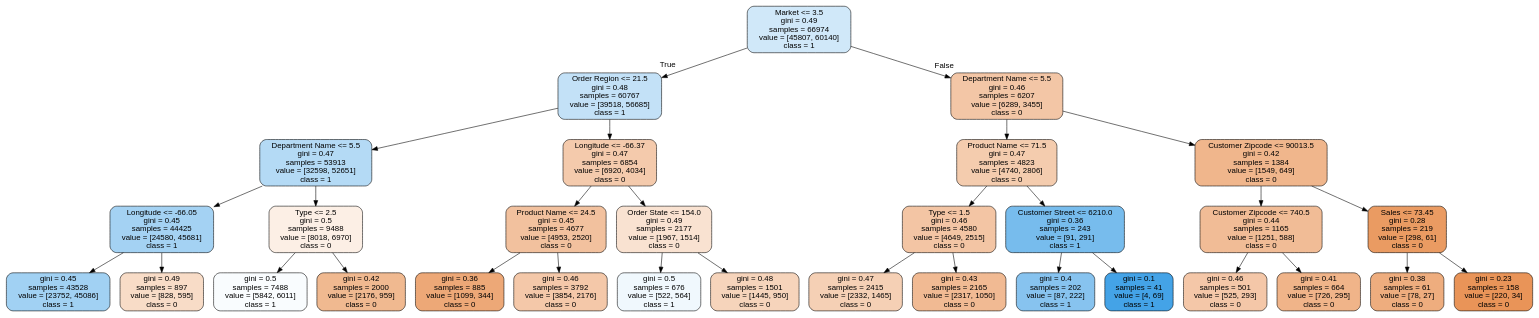
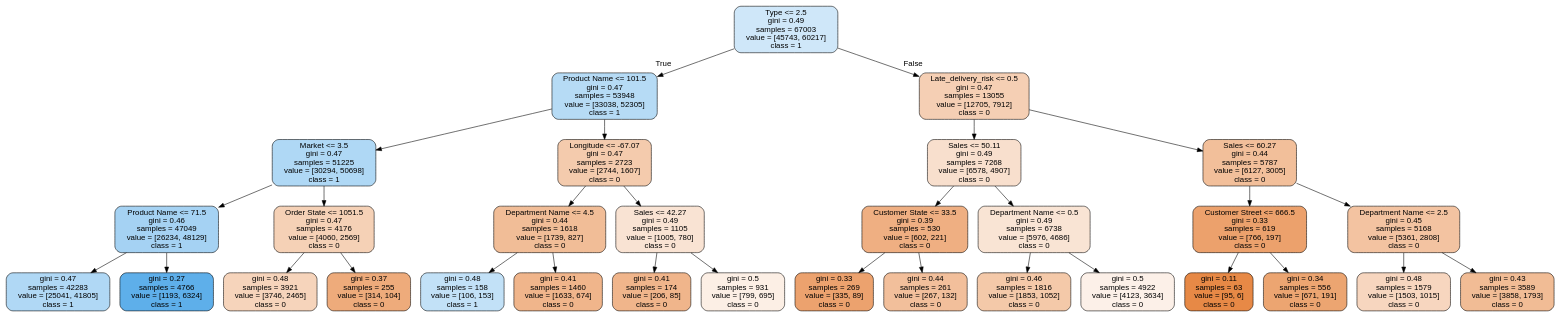
One commit to BDBlank/SmartSupplyChain changed the diagram in tree.dot. Above: the diagram before and after it, drawn with Graphviz. The commit also changed 2 other files, not shown here.

```diff
--- a/tree.dot
+++ b/tree.dot
@@ -1,65 +1,65 @@
 digraph Tree {
 node [shape=box, style="filled, rounded", color="black", fontname=helvetica] ;
 edge [fontname=helvetica] ;
-0 [label="Market <= 3.5\ngini = 0.49\nsamples = 66974\nvalue = [45807, 60140]\nclass = 1", fillcolor="#d0e8f9"] ;
-1 [label="Order Region <= 21.5\ngini = 0.48\nsamples = 60767\nvalue = [39518, 56685]\nclass = 1", fillcolor="#c3e1f7"] ;
+0 [label="Type <= 2.5\ngini = 0.49\nsamples = 67003\nvalue = [45743, 60217]\nclass = 1", fillcolor="#cfe7f9"] ;
+1 [label="Product Name <= 101.5\ngini = 0.47\nsamples = 53948\nvalue = [33038, 52305]\nclass = 1", fillcolor="#b6dbf5"] ;
 0 -> 1 [labeldistance=2.5, labelangle=45, headlabel="True"] ;
-2 [label="Department Name <= 5.5\ngini = 0.47\nsamples = 53913\nvalue = [32598, 52651]\nclass = 1", fillcolor="#b4daf5"] ;
+2 [label="Market <= 3.5\ngini = 0.47\nsamples = 51225\nvalue = [30294, 50698]\nclass = 1", fillcolor="#afd8f5"] ;
 1 -> 2 ;
-3 [label="Longitude <= -66.05\ngini = 0.45\nsamples = 44425\nvalue = [24580, 45681]\nclass = 1", fillcolor="#a4d2f3"] ;
+3 [label="Product Name <= 71.5\ngini = 0.46\nsamples = 47049\nvalue = [26234, 48129]\nclass = 1", fillcolor="#a5d2f3"] ;
 2 -> 3 ;
-4 [label="gini = 0.45\nsamples = 43528\nvalue = [23752, 45086]\nclass = 1", fillcolor="#a1d1f3"] ;
+4 [label="gini = 0.47\nsamples = 42283\nvalue = [25041, 41805]\nclass = 1", fillcolor="#b0d8f5"] ;
 3 -> 4 ;
-5 [label="gini = 0.49\nsamples = 897\nvalue = [828, 595]\nclass = 0", fillcolor="#f8dcc7"] ;
+5 [label="gini = 0.27\nsamples = 4766\nvalue = [1193, 6324]\nclass = 1", fillcolor="#5eafea"] ;
 3 -> 5 ;
-6 [label="Type <= 2.5\ngini = 0.5\nsamples = 9488\nvalue = [8018, 6970]\nclass = 0", fillcolor="#fcefe5"] ;
+6 [label="Order State <= 1051.5\ngini = 0.47\nsamples = 4176\nvalue = [4060, 2569]\nclass = 0", fillcolor="#f5d1b6"] ;
 2 -> 6 ;
-7 [label="gini = 0.5\nsamples = 7488\nvalue = [5842, 6011]\nclass = 1", fillcolor="#f9fcfe"] ;
+7 [label="gini = 0.48\nsamples = 3921\nvalue = [3746, 2465]\nclass = 0", fillcolor="#f6d4bb"] ;
 6 -> 7 ;
-8 [label="gini = 0.42\nsamples = 2000\nvalue = [2176, 959]\nclass = 0", fillcolor="#f0b990"] ;
+8 [label="gini = 0.37\nsamples = 255\nvalue = [314, 104]\nclass = 0", fillcolor="#eeab7b"] ;
 6 -> 8 ;
-9 [label="Longitude <= -66.37\ngini = 0.47\nsamples = 6854\nvalue = [6920, 4034]\nclass = 0", fillcolor="#f4caac"] ;
+9 [label="Longitude <= -67.07\ngini = 0.47\nsamples = 2723\nvalue = [2744, 1607]\nclass = 0", fillcolor="#f4cbad"] ;
 1 -> 9 ;
-10 [label="Product Name <= 24.5\ngini = 0.45\nsamples = 4677\nvalue = [4953, 2520]\nclass = 0", fillcolor="#f2c19e"] ;
+10 [label="Department Name <= 4.5\ngini = 0.44\nsamples = 1618\nvalue = [1739, 827]\nclass = 0", fillcolor="#f1bd97"] ;
 9 -> 10 ;
-11 [label="gini = 0.36\nsamples = 885\nvalue = [1099, 344]\nclass = 0", fillcolor="#eda877"] ;
+11 [label="gini = 0.48\nsamples = 158\nvalue = [106, 153]\nclass = 1", fillcolor="#c2e1f7"] ;
 10 -> 11 ;
-12 [label="gini = 0.46\nsamples = 3792\nvalue = [3854, 2176]\nclass = 0", fillcolor="#f4c8a9"] ;
+12 [label="gini = 0.41\nsamples = 1460\nvalue = [1633, 674]\nclass = 0", fillcolor="#f0b58b"] ;
 10 -> 12 ;
-13 [label="Order State <= 154.0\ngini = 0.49\nsamples = 2177\nvalue = [1967, 1514]\nclass = 0", fillcolor="#f9e2d1"] ;
+13 [label="Sales <= 42.27\ngini = 0.49\nsamples = 1105\nvalue = [1005, 780]\nclass = 0", fillcolor="#f9e3d3"] ;
 9 -> 13 ;
-14 [label="gini = 0.5\nsamples = 676\nvalue = [522, 564]\nclass = 1", fillcolor="#f0f8fd"] ;
+14 [label="gini = 0.41\nsamples = 174\nvalue = [206, 85]\nclass = 0", fillcolor="#f0b58b"] ;
 13 -> 14 ;
-15 [label="gini = 0.48\nsamples = 1501\nvalue = [1445, 950]\nclass = 0", fillcolor="#f6d4bb"] ;
+15 [label="gini = 0.5\nsamples = 931\nvalue = [799, 695]\nclass = 0", fillcolor="#fcefe5"] ;
 13 -> 15 ;
-16 [label="Department Name <= 5.5\ngini = 0.46\nsamples = 6207\nvalue = [6289, 3455]\nclass = 0", fillcolor="#f3c6a6"] ;
+16 [label="Late_delivery_risk <= 0.5\ngini = 0.47\nsamples = 13055\nvalue = [12705, 7912]\nclass = 0", fillcolor="#f5cfb4"] ;
 0 -> 16 [labeldistance=2.5, labelangle=-45, headlabel="False"] ;
-17 [label="Product Name <= 71.5\ngini = 0.47\nsamples = 4823\nvalue = [4740, 2806]\nclass = 0", fillcolor="#f4ccae"] ;
+17 [label="Sales <= 50.11\ngini = 0.49\nsamples = 7268\nvalue = [6578, 4907]\nclass = 0", fillcolor="#f8dfcd"] ;
 16 -> 17 ;
-18 [label="Type <= 1.5\ngini = 0.46\nsamples = 4580\nvalue = [4649, 2515]\nclass = 0", fillcolor="#f3c5a4"] ;
+18 [label="Customer State <= 33.5\ngini = 0.39\nsamples = 530\nvalue = [602, 221]\nclass = 0", fillcolor="#efaf82"] ;
 17 -> 18 ;
-19 [label="gini = 0.47\nsamples = 2415\nvalue = [2332, 1465]\nclass = 0", fillcolor="#f5d0b5"] ;
+19 [label="gini = 0.33\nsamples = 269\nvalue = [335, 89]\nclass = 0", fillcolor="#eca26e"] ;
 18 -> 19 ;
-20 [label="gini = 0.43\nsamples = 2165\nvalue = [2317, 1050]\nclass = 0", fillcolor="#f1ba93"] ;
+20 [label="gini = 0.44\nsamples = 261\nvalue = [267, 132]\nclass = 0", fillcolor="#f2bf9b"] ;
 18 -> 20 ;
-21 [label="Customer Street <= 6210.0\ngini = 0.36\nsamples = 243\nvalue = [91, 291]\nclass = 1", fillcolor="#77bced"] ;
+21 [label="Department Name <= 0.5\ngini = 0.49\nsamples = 6738\nvalue = [5976, 4686]\nclass = 0", fillcolor="#f9e4d4"] ;
 17 -> 21 ;
-22 [label="gini = 0.4\nsamples = 202\nvalue = [87, 222]\nclass = 1", fillcolor="#87c3ef"] ;
+22 [label="gini = 0.46\nsamples = 1816\nvalue = [1853, 1052]\nclass = 0", fillcolor="#f4c9a9"] ;
 21 -> 22 ;
-23 [label="gini = 0.1\nsamples = 41\nvalue = [4, 69]\nclass = 1", fillcolor="#44a3e7"] ;
+23 [label="gini = 0.5\nsamples = 4922\nvalue = [4123, 3634]\nclass = 0", fillcolor="#fcf0e8"] ;
 21 -> 23 ;
-24 [label="Customer Zipcode <= 90013.5\ngini = 0.42\nsamples = 1384\nvalue = [1549, 649]\nclass = 0", fillcolor="#f0b68c"] ;
+24 [label="Sales <= 60.27\ngini = 0.44\nsamples = 5787\nvalue = [6127, 3005]\nclass = 0", fillcolor="#f2bf9a"] ;
 16 -> 24 ;
-25 [label="Customer Zipcode <= 740.5\ngini = 0.44\nsamples = 1165\nvalue = [1251, 588]\nclass = 0", fillcolor="#f1bc96"] ;
+25 [label="Customer Street <= 666.5\ngini = 0.33\nsamples = 619\nvalue = [766, 197]\nclass = 0", fillcolor="#eca16c"] ;
 24 -> 25 ;
-26 [label="gini = 0.46\nsamples = 501\nvalue = [525, 293]\nclass = 0", fillcolor="#f4c7a8"] ;
+26 [label="gini = 0.11\nsamples = 63\nvalue = [95, 6]\nclass = 0", fillcolor="#e78946"] ;
 25 -> 26 ;
-27 [label="gini = 0.41\nsamples = 664\nvalue = [726, 295]\nclass = 0", fillcolor="#f0b489"] ;
+27 [label="gini = 0.34\nsamples = 556\nvalue = [671, 191]\nclass = 0", fillcolor="#eca571"] ;
 25 -> 27 ;
-28 [label="Sales <= 73.45\ngini = 0.28\nsamples = 219\nvalue = [298, 61]\nclass = 0", fillcolor="#ea9b62"] ;
+28 [label="Department Name <= 2.5\ngini = 0.45\nsamples = 5168\nvalue = [5361, 2808]\nclass = 0", fillcolor="#f3c3a1"] ;
 24 -> 28 ;
-29 [label="gini = 0.38\nsamples = 61\nvalue = [78, 27]\nclass = 0", fillcolor="#eead7e"] ;
+29 [label="gini = 0.48\nsamples = 1579\nvalue = [1503, 1015]\nclass = 0", fillcolor="#f7d6bf"] ;
 28 -> 29 ;
-30 [label="gini = 0.23\nsamples = 158\nvalue = [220, 34]\nclass = 0", fillcolor="#e99458"] ;
+30 [label="gini = 0.43\nsamples = 3589\nvalue = [3858, 1793]\nclass = 0", fillcolor="#f1bc95"] ;
 28 -> 30 ;
 }
```
